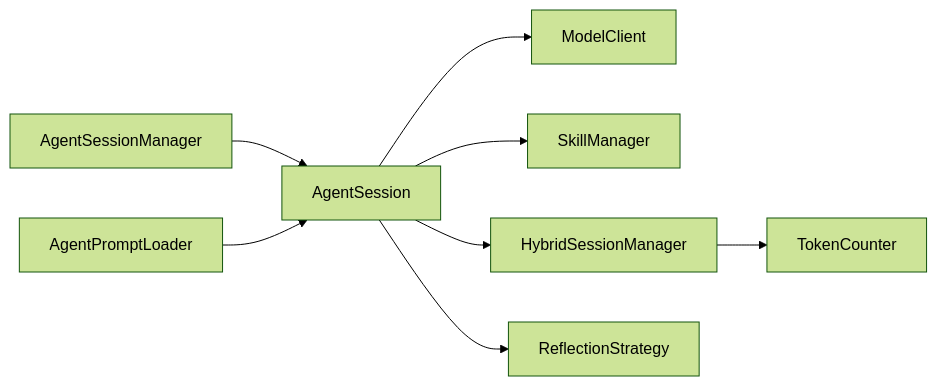
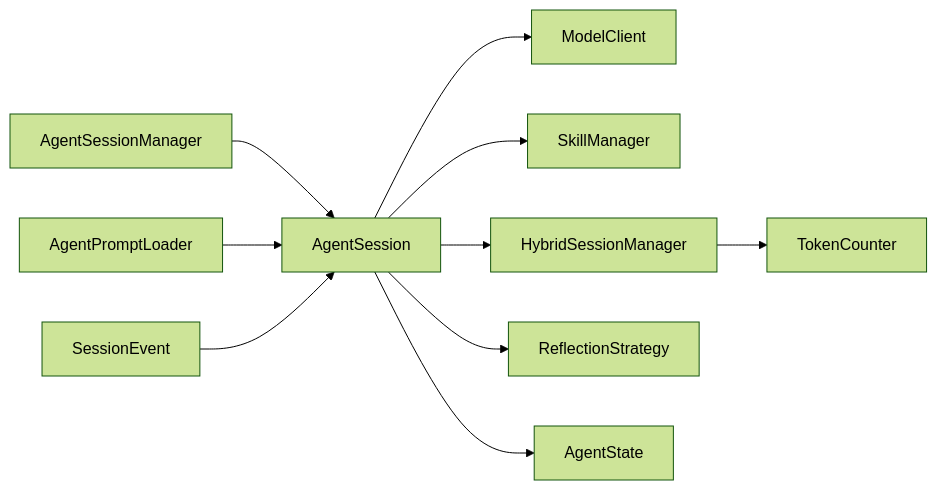
One commit to guuyn/OpenClaw-Android changed the tenth of 10 diagrams in .qoder/repowiki/zh/content/核心模块/AI对话系统/AgentSession核心实现.md. Above: the diagram before and after it, drawn with Mermaid (forest theme). The commit also changed other lines of this file and 4 other files, not shown here.

````diff
--- a/.qoder/repowiki/zh/content/核心模块/AI对话系统/AgentSession核心实现.md
+++ b/.qoder/repowiki/zh/content/核心模块/AI对话系统/AgentSession核心实现.md
@@ -349,10 +443,12 @@
 ```mermaid
 graph LR
 ASM["AgentSessionManager"] --> AS["AgentSession"]
 AS --> MC["ModelClient"]
 AS --> SM["SkillManager"]
 AS --> HSM["HybridSessionManager"]
 AS --> RS["ReflectionStrategy"]
+AS --> GS["AgentState"]
 HSM --> TC["TokenCounter"]
 SPL["AgentPromptLoader"] --> AS
+SE["SessionEvent"] --> AS
 ```
````
